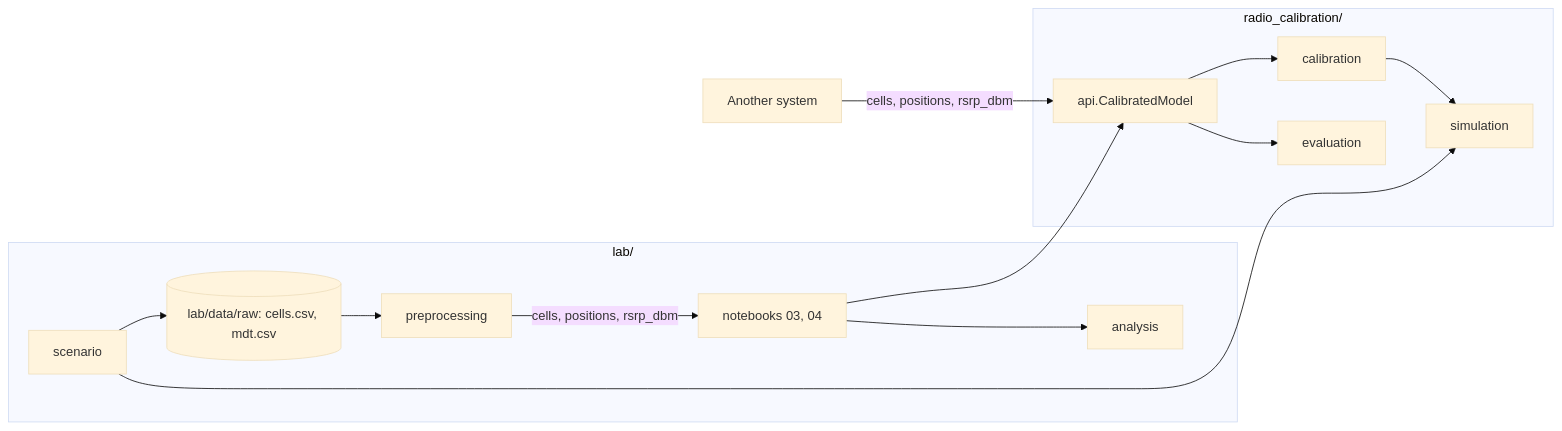
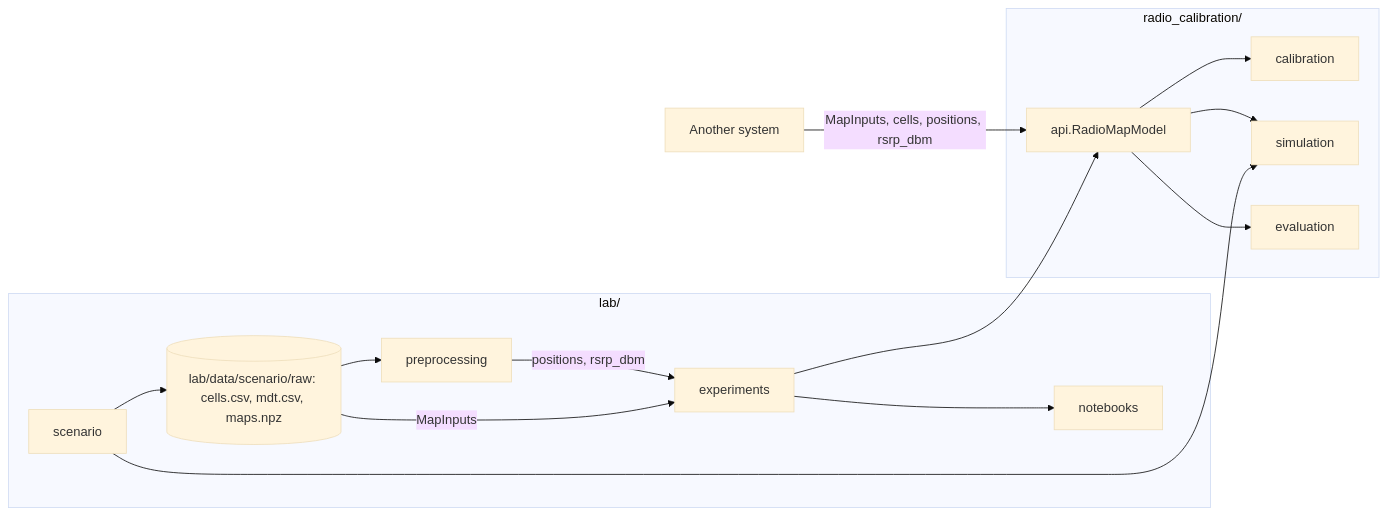
Before and after one commit to Wombat-Engineers/radio-calibration: the first of 2 diagrams in README.md, drawn with Mermaid (base theme). The commit also changed other lines of this file and 100 other files, not shown here.

````diff
--- a/README.md
+++ b/README.md
@@ -76,17 +77,18 @@
 ```mermaid
 flowchart LR
     subgraph lab["lab/"]
-        raw[(lab/data/raw: cells.csv, mdt.csv)] --> pre[preprocessing]
-        pre -- "cells, positions, rsrp_dbm" --> nb[notebooks 03, 04]
-        nb --> ana[analysis]
-        scen[scenario] --> raw
+        scen[scenario] --> raw[(lab/data/scenario/raw: cells.csv, mdt.csv, maps.npz)]
+        raw --> pre[preprocessing]
+        pre -- "positions, rsrp_dbm" --> exp[experiments]
+        raw -- MapInputs --> exp
+        exp --> nb[notebooks]
     end
-    host[Another system] -- "cells, positions, rsrp_dbm" --> api
-    nb --> api
+    host[Another system] -- "MapInputs, cells, positions, rsrp_dbm" --> api
+    exp --> api
     subgraph rc["radio_calibration/"]
-        api[api.CalibratedModel] --> cal[calibration]
-        cal --> sim[simulation]
+        api[api.RadioMapModel] --> cal[calibration]
+        api --> sim[simulation]
         api --> ev[evaluation]
     end
     scen --> sim
 ```
````
